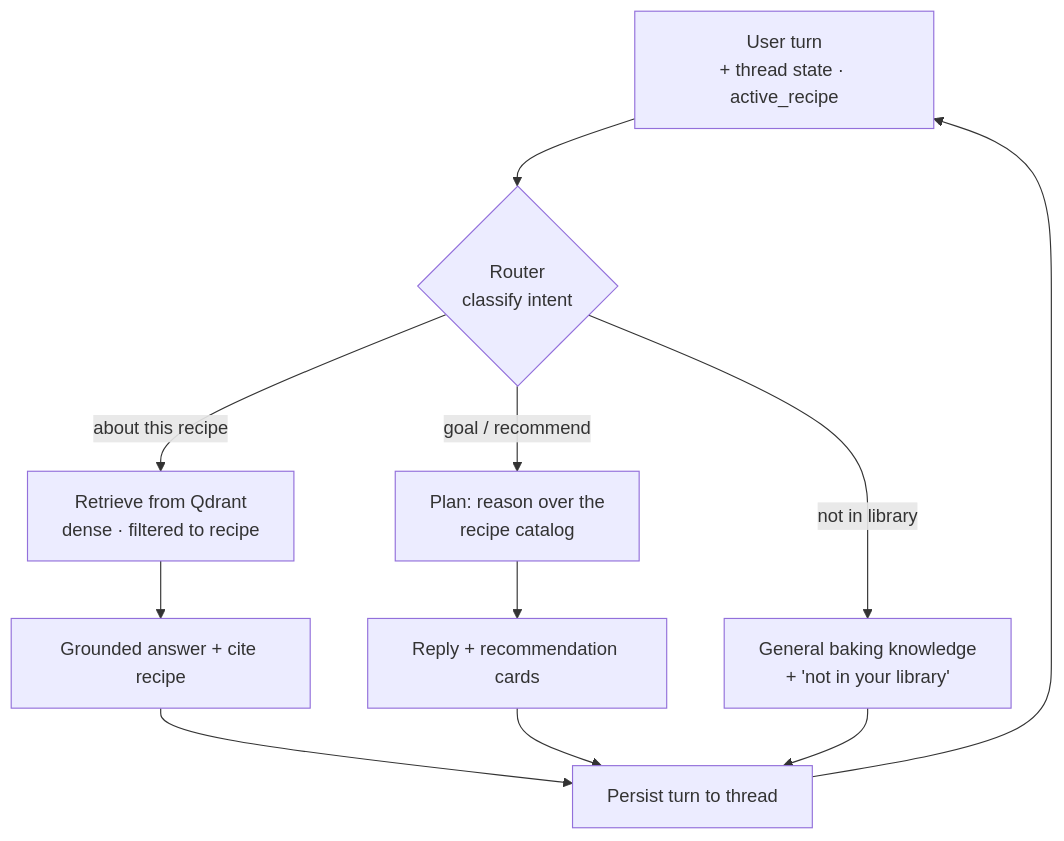
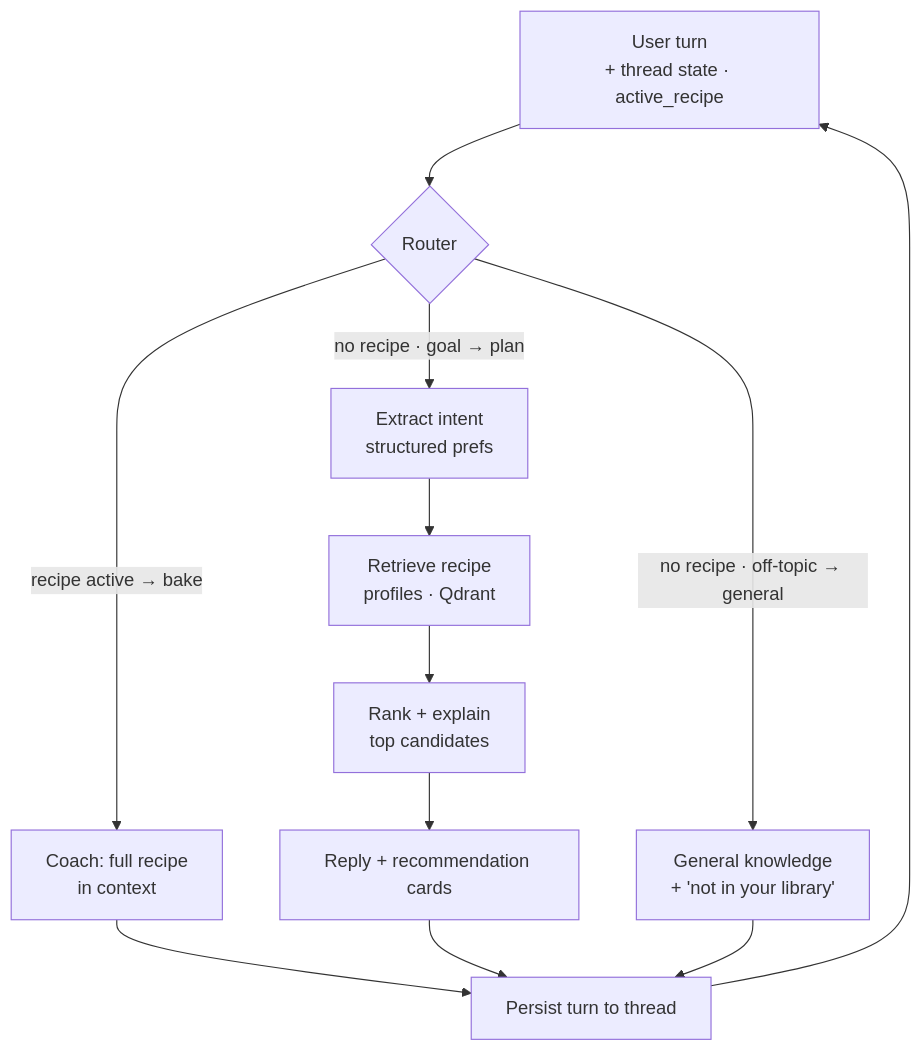
Before and after one commit to xx257/bake-me-up: the second of 2 diagrams in docs/02-solution.md, drawn with Mermaid. The commit also changed other lines of this file and 15 other files, not shown here.

Commit message:
Agentic RAG v2: intent->profiles->rank planning + full-recipe baking

````diff
--- a/docs/02-solution.md
+++ b/docs/02-solution.md
@@ -86,13 +86,14 @@
 ```mermaid
 flowchart TD
-    U[User turn<br/>+ thread state · active_recipe] --> R{Router<br/>classify intent}
-    R -->|goal / recommend| PLAN[Plan: reason over the<br/>recipe catalog]
-    R -->|about this recipe| RET[Retrieve from Qdrant<br/>dense · filtered to recipe]
-    R -->|not in library| GEN[General baking knowledge<br/>+ 'not in your library']
-    RET --> SYN[Grounded answer + cite recipe]
-    PLAN --> CARDS[Reply + recommendation cards]
-    SYN --> SAVE[Persist turn to thread]
+    U[User turn<br/>+ thread state · active_recipe] --> R{Router}
+    R -->|recipe active → bake| BK[Coach: full recipe<br/>in context]
+    R -->|no recipe · goal → plan| P1[Extract intent<br/>structured prefs]
+    R -->|no recipe · off-topic → general| GEN[General knowledge<br/>+ 'not in your library']
+    P1 --> P2[Retrieve recipe<br/>profiles · Qdrant]
+    P2 --> P3[Rank + explain<br/>top candidates]
+    P3 --> CARDS[Reply + recommendation cards]
+    BK --> SAVE[Persist turn to thread]
     CARDS --> SAVE
     GEN --> SAVE
     SAVE --> U
 ```
````
